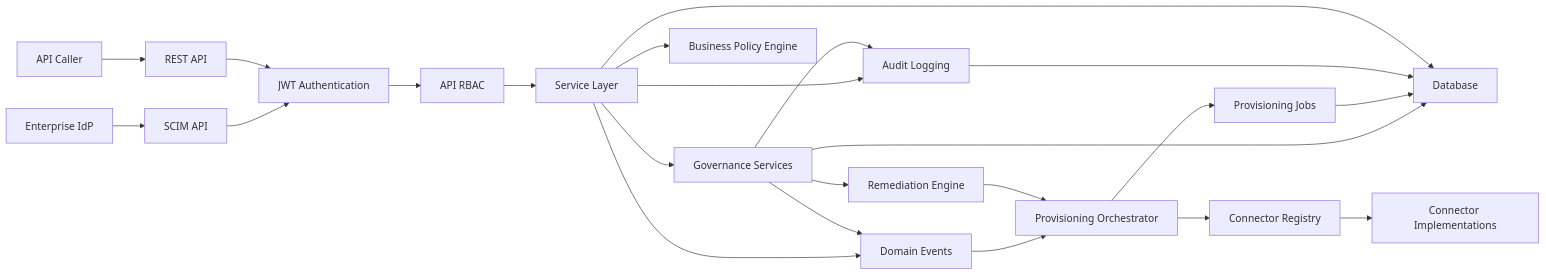
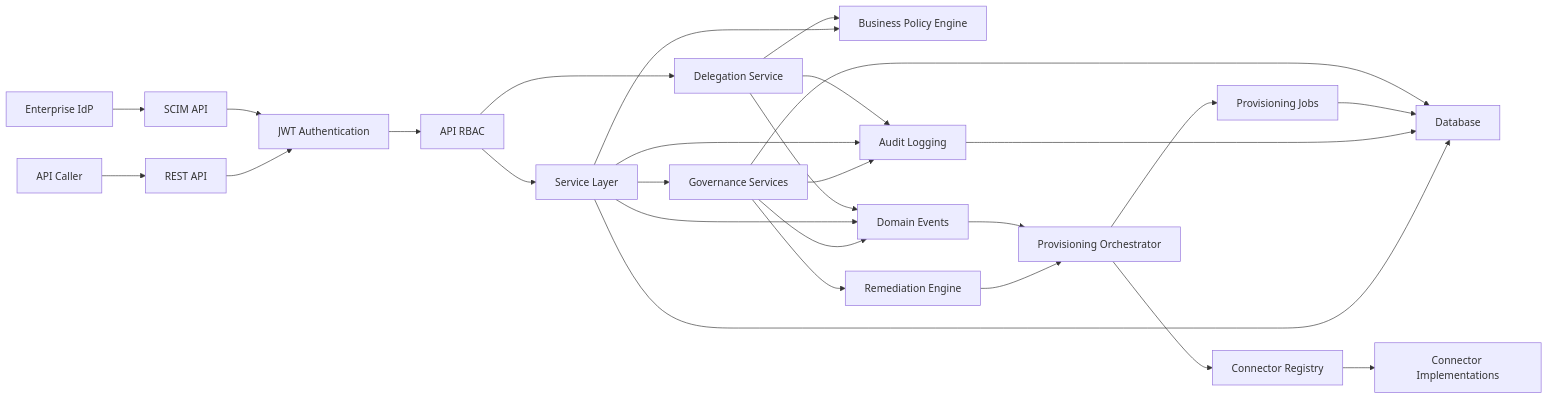
Before and after one commit to happelj/accessiq: the first of 13 diagrams in docs/architecture.md, drawn with Mermaid. The commit also changed other lines of this file and 14 other files, not shown here.

````diff
--- a/docs/architecture.md
+++ b/docs/architecture.md
@@ -7,25 +7,29 @@
 ```mermaid
 flowchart LR
     IdP["Enterprise IdP"] --> SCIM["SCIM API"]
     User["API Caller"] --> REST["REST API"]
     SCIM --> Auth["JWT Authentication"]
     REST --> Auth
     Auth --> RBAC["API RBAC"]
+    RBAC --> Delegation["Delegation Service"]
     RBAC --> Services["Service Layer"]
+    Delegation --> Policy["Business Policy Engine"]
+    Delegation --> Audit
+    Delegation --> Events
     Services --> Governance["Governance Services"]
-    Services --> Policy["Business Policy Engine"]
+    Services --> Policy
     Services --> Audit["Audit Logging"]
     Services --> Events["Domain Events"]
     Governance --> Audit
     Governance --> Events
     Governance --> DB
     Governance --> Remediation["Remediation Engine"]
     Events --> Orchestrator["Provisioning Orchestrator"]
     Remediation --> Orchestrator
     Orchestrator --> Jobs["Provisioning Jobs"]
     Orchestrator --> Registry["Connector Registry"]
     Registry --> Connectors["Connector Implementations"]
     Jobs --> DB
     Audit --> DB["Database"]
     Services --> DB
 ```
````
